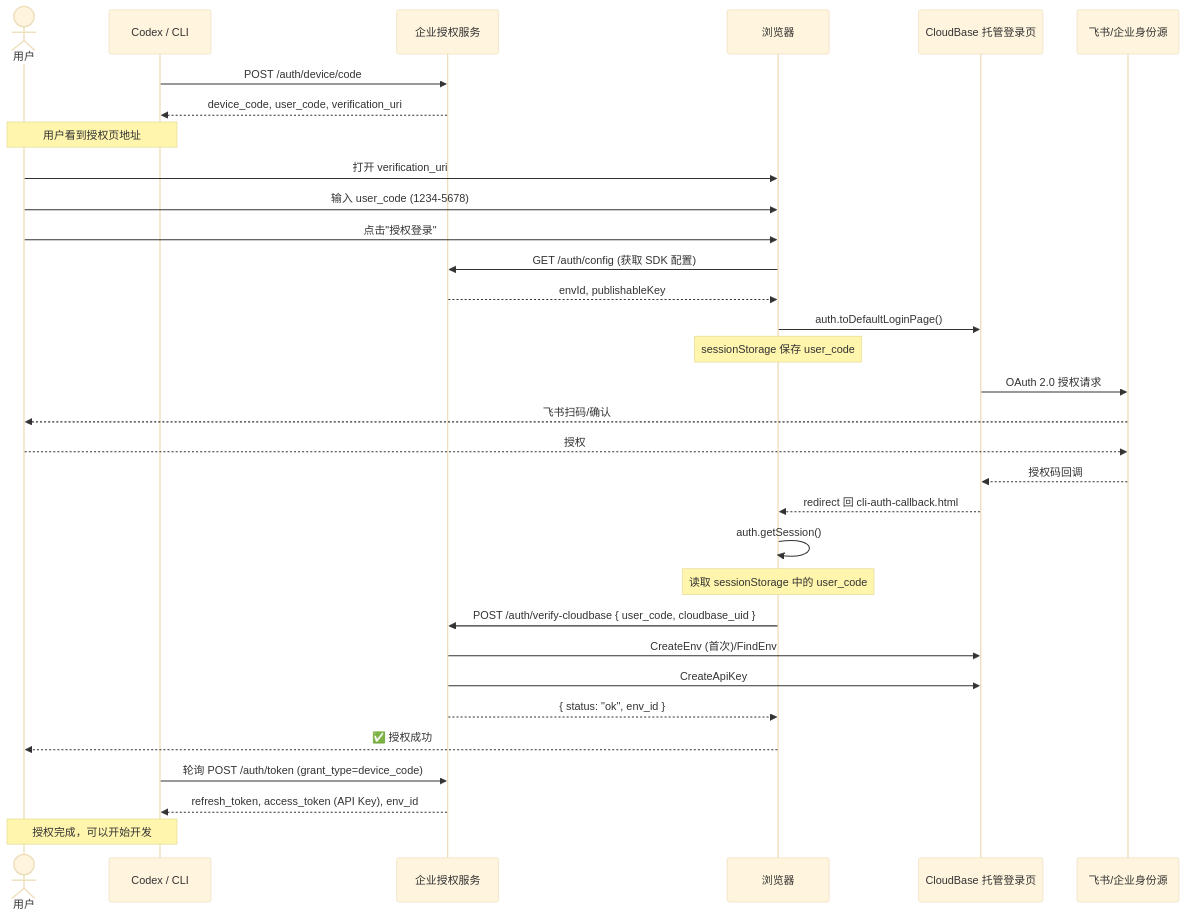
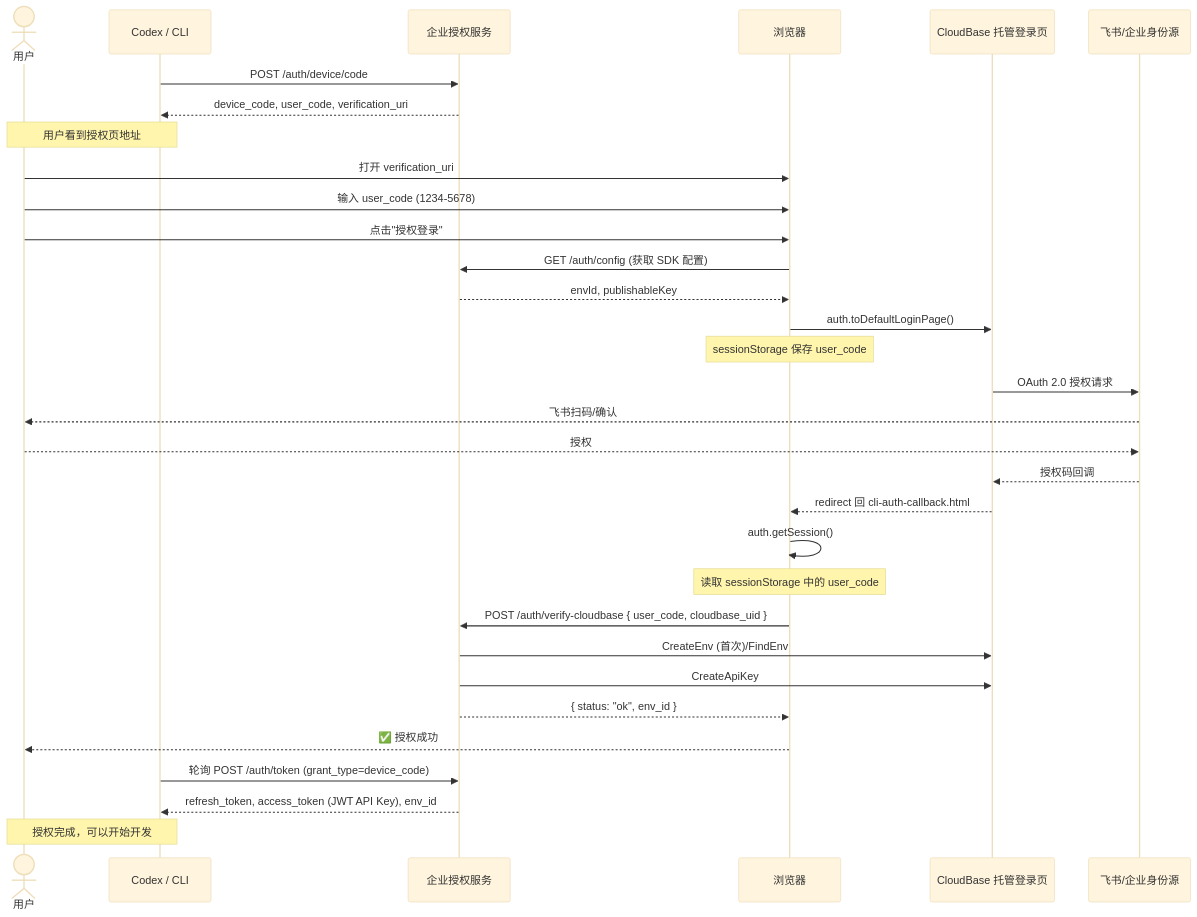
One commit to TencentCloudBase/CloudBase-AI-Toolkit changed the second of 3 diagrams in docs/enterprise-auth-with-feishu.md. Above: the diagram before and after it, drawn with Mermaid (base theme). The commit also changed other lines of this file and 7 other files, not shown here.

First line of the commit message:
fix(auth): restore CreateApiKey approach, fix callback race, fix protocol diagram

````diff
--- a/docs/enterprise-auth-with-feishu.md
+++ b/docs/enterprise-auth-with-feishu.md
@@ -235,47 +235,47 @@
 ```mermaid
 sequenceDiagram
     actor User as 用户
     participant Codex as Codex / CLI
     participant Auth as 企业授权服务
     participant Browser as 浏览器
     participant CloudBase as CloudBase 托管登录页
     participant Feishu as 飞书/企业身份源
 
     Codex->>Auth: POST /auth/device/code
     Auth-->>Codex: device_code, user_code, verification_uri
     
     Note over Codex,User: 用户看到授权页地址
     
     User->>Browser: 打开 verification_uri
     User->>Browser: 输入 user_code (1234-5678)
     User->>Browser: 点击"授权登录"
     
     Browser->>Auth: GET /auth/config (获取 SDK 配置)
     Auth-->>Browser: envId, publishableKey
     
     Browser->>CloudBase: auth.toDefaultLoginPage()
     Note over Browser: sessionStorage 保存 user_code
     
     CloudBase->>Feishu: OAuth 2.0 授权请求
     Feishu-->>User: 飞书扫码/确认
     User-->>Feishu: 授权
     
     Feishu-->>CloudBase: 授权码回调
     CloudBase-->>Browser: redirect 回 cli-auth-callback.html
     
     Browser->>Browser: auth.getSession()
     Note over Browser: 读取 sessionStorage 中的 user_code
     
     Browser->>Auth: POST /auth/verify-cloudbase { user_code, cloudbase_uid }
     
     Auth->>CloudBase: CreateEnv (首次)/FindEnv
     Auth->>CloudBase: CreateApiKey
     Auth-->>Browser: { status: "ok", env_id }
     
     Browser-->>User: ✅ 授权成功
     
     Codex->>Auth: 轮询 POST /auth/token (grant_type=device_code)
-    Auth-->>Codex: refresh_token, access_token (API Key), env_id
+    Auth-->>Codex: refresh_token, access_token (JWT API Key), env_id
     
     Note over Codex,User: 授权完成，可以开始开发
 ```
````
